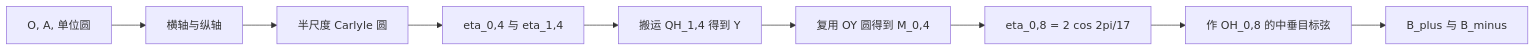
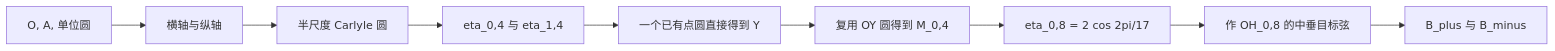
Before and after one commit to lenovobenben/euclid-min: the diagram in baselines/regular-17/detemple-1991-carlyle-improved-converted/explanation.md, drawn with Mermaid. The commit also changed other lines of this file and 11 other files, not shown here.

````diff
--- a/baselines/regular-17/detemple-1991-carlyle-improved-converted/explanation.md
+++ b/baselines/regular-17/detemple-1991-carlyle-improved-converted/explanation.md
@@ -117,11 +142,11 @@
 ```mermaid
 flowchart LR
   I[O, A, 单位圆] --> AX[横轴与纵轴]
   AX --> HS[半尺度 Carlyle 圆]
   HS --> R4[eta_0,4 与 eta_1,4]
-  R4 --> Y[搬运 QH_1,4 得到 Y]
+  R4 --> Y[一个已有点圆直接得到 Y]
   Y --> RM[复用 OY 圆得到 M_0,4]
   RM --> R8[eta_0,8 = 2 cos 2pi/17]
   R8 --> TC[作 OH_0,8 的中垂目标弦]
   TC --> B[B_plus 与 B_minus]
 ```
````
